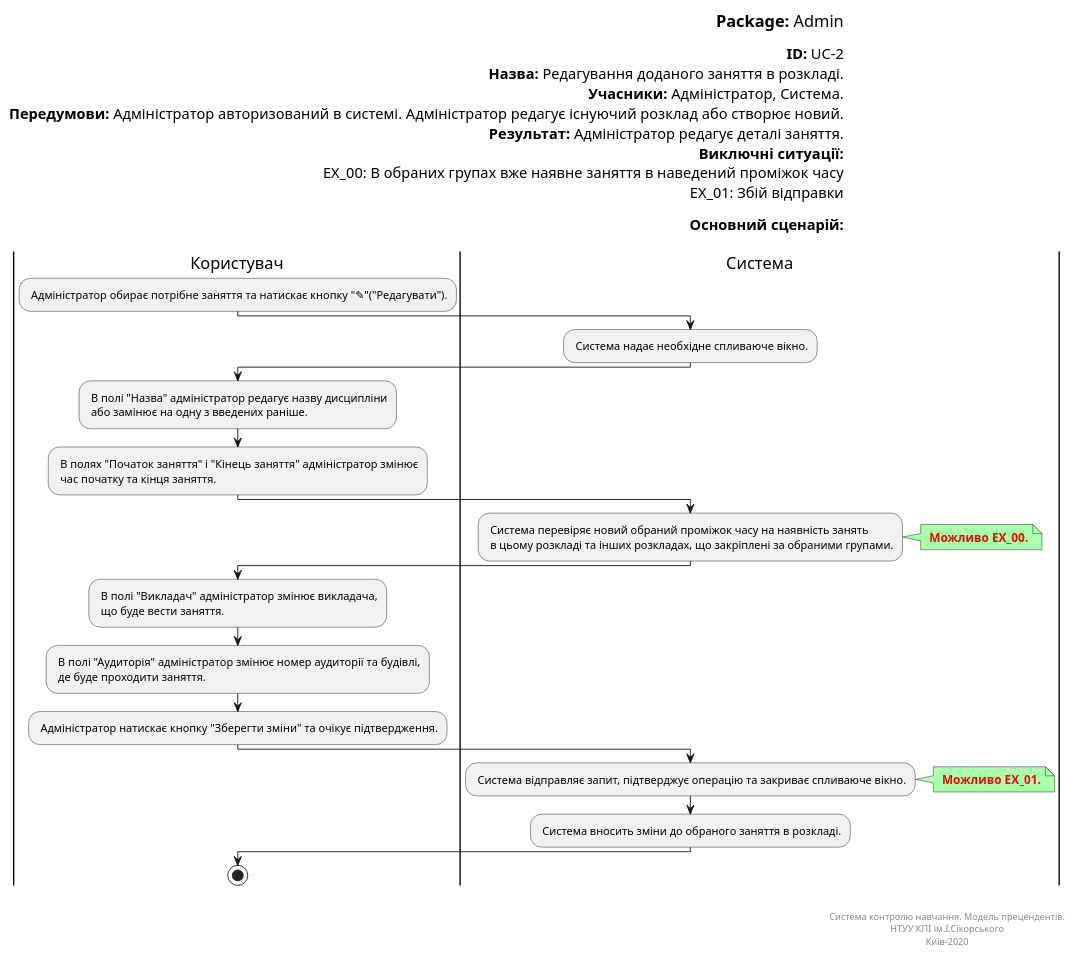
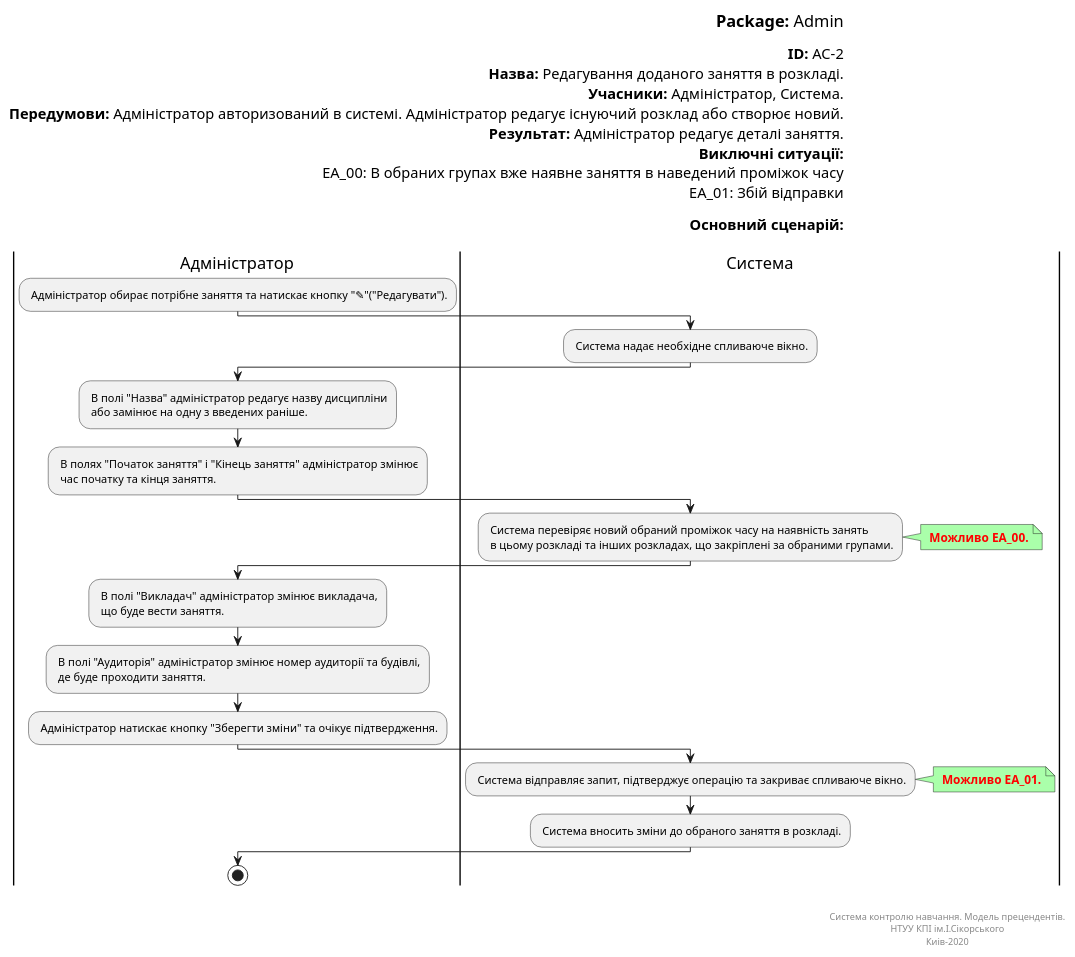
The diagram in docs/UML_Diagrams/scenarios/admin/src/edit_class.pu (vladlinu/TeamOne), drawn with PlantUML before and after one commit. The commit also changed 9 other files, not shown here.

```diff
--- a/docs/UML_Diagrams/scenarios/admin/src/edit_class.pu
+++ b/docs/UML_Diagrams/scenarios/admin/src/edit_class.pu
@@ -1,67 +1,67 @@
 @startuml
 left header
 <font color=000 size=18><b>Package:</b> Admin
 
-<font color=000 size=16><b>ID:</b> UC-2
+<font color=000 size=16><b>ID:</b> AC-2
 <font color=000 size=16><b>Назва:</b> Редагування доданого заняття в розкладі.
 <font color=000 size=16><b>Учасники:</b> Адміністратор, Система.
 <font color=000 size=16><b>Передумови:</b> Адміністратор авторизований в системі. Адміністратор редагує існуючий розклад або створює новий.
 <font color=000 size=16><b>Результат:</b> Адміністратор редагує деталі заняття.
 <font color=000 size=16><b>Виключні ситуації:</b>
-<font color=000 size=16> EX_00: В обраних групах вже наявне заняття в наведений проміжок часу
-<font color=000 size=16> EX_01: Збій відправки
+<font color=000 size=16> EA_00: В обраних групах вже наявне заняття в наведений проміжок часу
+<font color=000 size=16> EA_01: Збій відправки
 
 <font color=000 size=16><b>Основний сценарій:</b>
 
 end header
 
-|Користувач|
+|Адміністратор|
 : Адміністратор обирає потрібне заняття та натискає кнопку "✎"("Редагувати").;
 
 |Система|
 : Система надає необхідне спливаюче вікно.;
 
-|Користувач|
+|Адміністратор|
 : В полі "Назва" адміністратор редагує назву дисципліни
  або замінює на одну з введених раніше.;
 
 : В полях "Початок заняття" і "Кінець заняття" адміністратор змінює
  час початку та кінця заняття.;
 
 |Система|
 : Система перевіряє новий обраний проміжок часу на наявність занять
  в цьому розкладі та інших розкладах, що закріплені за обраними групами.;
 
 note right #aaffaa
-<font color=red><b> Можливо EX_00.
+<font color=red><b> Можливо EA_00.
 end note
 
-|Користувач|
+|Адміністратор|
 : В полі "Викладач" адміністратор змінює викладача,
  що буде вести заняття.;
 
 : В полі "Аудиторія" адміністратор змінює номер аудиторії та будівлі,
  де буде проходити заняття.;
 
 : Адміністратор натискає кнопку "Зберегти зміни" та очікує підтвердження.;
 
 |Система|
 : Система відправляє запит, підтверджує операцію та закриває спливаюче вікно.;
 
 note right #aaffaa
-<font color=red><b> Можливо EX_01.
+<font color=red><b> Можливо EA_01.
 end note
 
 : Система вносить зміни до обраного заняття в розкладі.;
 
-|Користувач|
+|Адміністратор|
 stop;
 
 right footer
 
 
 Система контролю навчання. Модель прецендентів.
 НТУУ КПІ ім.І.Сікорського
 Киів-2020
 end footer
 @enduml
```
